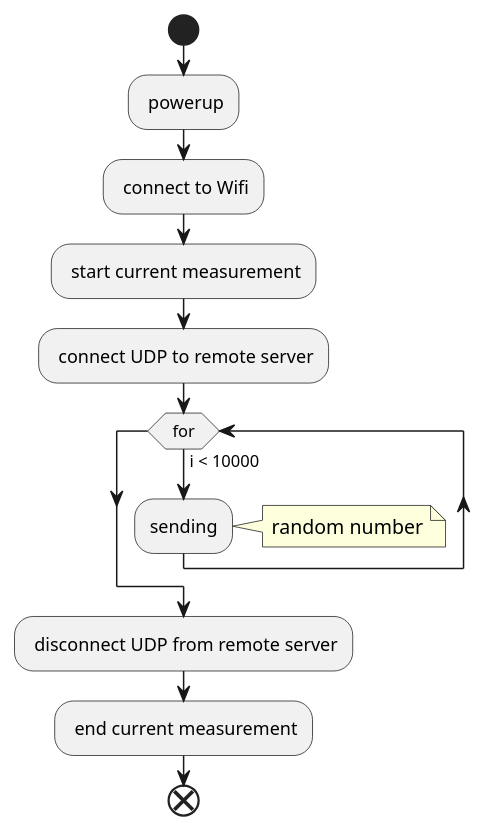
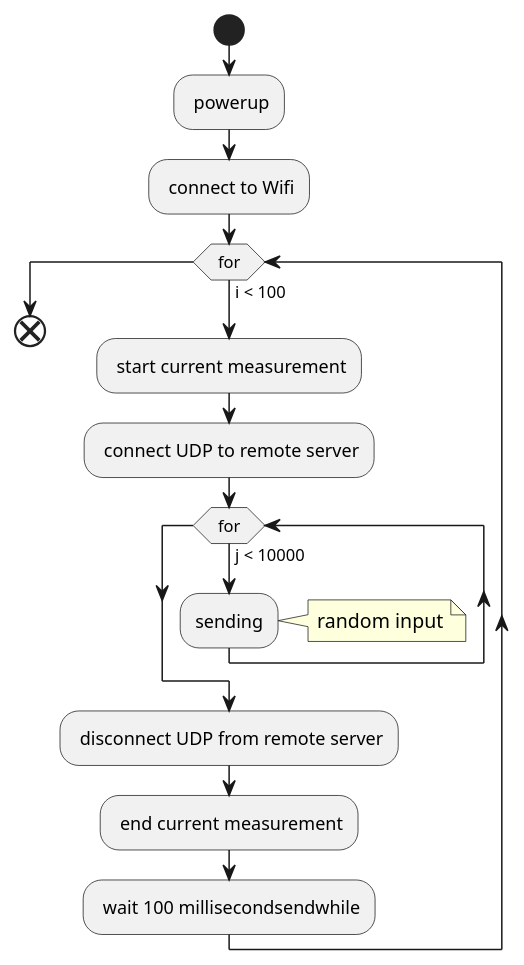
One commit to widmannthomas/dibse_integratives_gesamt_projekt changed the diagram in current_sensor/udp_tcp/udp.wsd. Above: the diagram before and after it, drawn with PlantUML. The commit also changed 37 other files, not shown here.

```diff
--- a/current_sensor/udp_tcp/udp.wsd
+++ b/current_sensor/udp_tcp/udp.wsd
@@ -1,16 +1,19 @@
-@startuml
+@startuml udp
 start
 : powerup;
 : connect to Wifi;
-: start current measurement;
-: connect UDP to remote server;
-while (for) is (i < 10000)
-    :sending;
-    note right
-        random number
-    end note
+while (for) is (i < 100)
+    : start current measurement;
+    : connect UDP to remote server;
+    while (for) is (j < 10000)
+        :sending;
+        note right
+            random input
+        end note
+    endwhile
+    : disconnect UDP from remote server;
+    : end current measurement;
+    : wait 100 millisecondsendwhile;
 endwhile
-: disconnect UDP from remote server;
-: end current measurement;
 end
 @enduml
```
